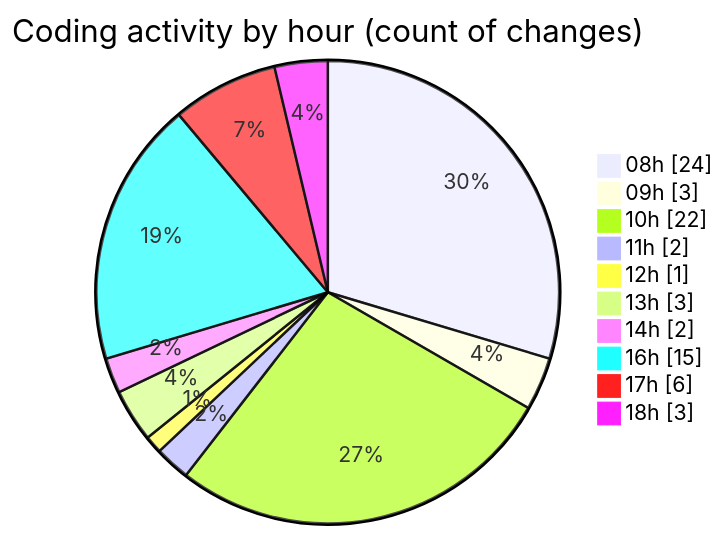
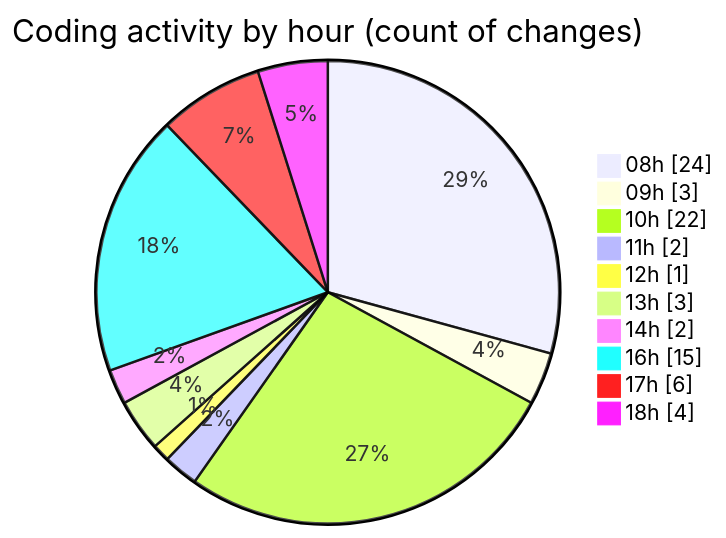
Before and after one commit to julien-gomy/code-tracking: the second of 2 diagrams in 2025-11-07/eventscop-frontend-guide__workspace_/README.md, drawn with Mermaid. The commit also changed other lines of this file and 1 other file, not shown here.

````diff
--- a/2025-11-07/eventscop-frontend-guide__workspace_/README.md
+++ b/2025-11-07/eventscop-frontend-guide__workspace_/README.md
@@ -58,14 +60,14 @@
 ```mermaid
 pie showData
 title Coding activity by hour (count of changes)
 "08h" : 24
 "09h" : 3
 "10h" : 22
 "11h" : 2
 "12h" : 1
 "13h" : 3
 "14h" : 2
 "16h" : 15
 "17h" : 6
-"18h" : 3
+"18h" : 4
 ```
````
